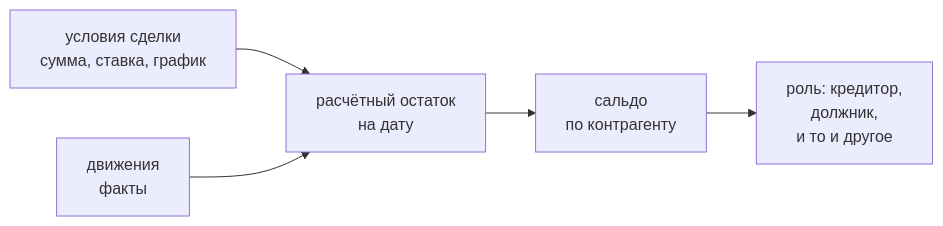
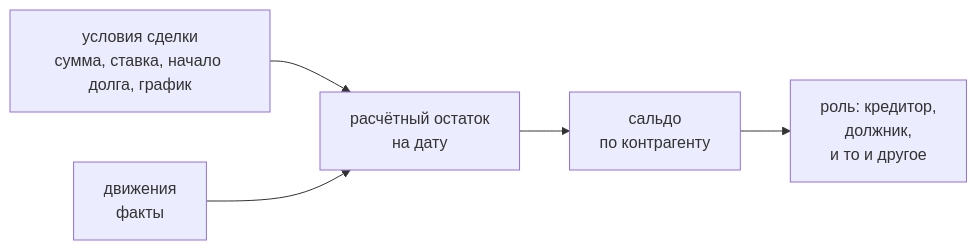
One commit to ntin60775/fin-agent changed the first of 5 diagrams in finance_core/README.md. Above: the diagram before and after it, drawn with Mermaid. The commit also changed other lines of this file and 13 other files, not shown here.

Commit message:
feat: канон остатка — долг на дату, начало долга у сделки

````diff
--- a/finance_core/README.md
+++ b/finance_core/README.md
@@ -178,7 +178,7 @@
 ```mermaid
 flowchart LR
-    A["условия сделки<br/>сумма, ставка, график"] --> C["расчётный остаток<br/>на дату"]
+    A["условия сделки<br/>сумма, ставка, начало долга, график"] --> C["расчётный остаток<br/>на дату"]
     B["движения<br/>факты"] --> C
     C --> D["сальдо<br/>по контрагенту"]
     D --> E["роль: кредитор,<br/>должник,<br/>и то и другое"]
 ```
````
